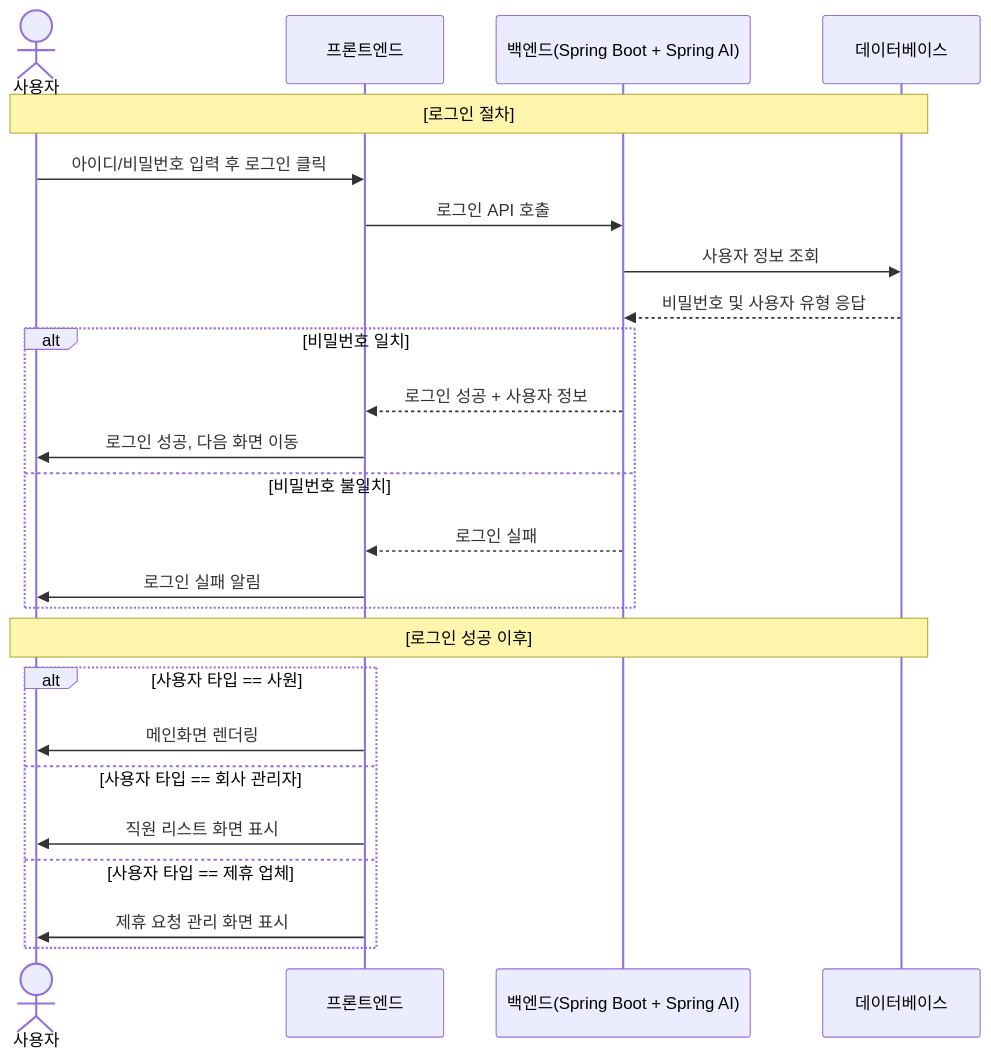
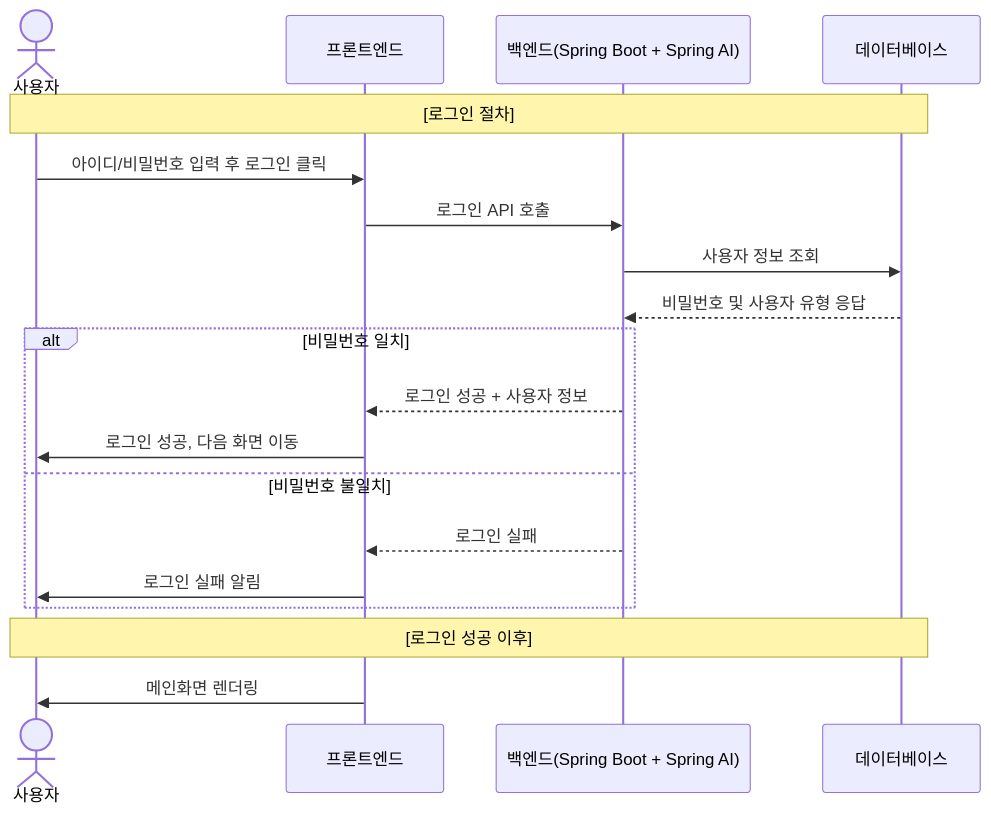
One commit to qbsb147/Final changed the diagram in Mermaid/로그인.mmd. Above: the diagram before and after it, drawn with Mermaid. The commit also changed 19 other files, not shown here.

```diff
--- a/Mermaid/로그인.mmd
+++ b/Mermaid/로그인.mmd
@@ -1,30 +1,24 @@
 sequenceDiagram
     actor User as 사용자
     participant Frontend as 프론트엔드
     participant SpringBoot as 백엔드(Spring Boot + Spring AI)
     participant DB as 데이터베이스
 
     Note over User, DB: [로그인 절차]
 
     User->>Frontend: 아이디/비밀번호 입력 후 로그인 클릭
     Frontend->>SpringBoot: 로그인 API 호출
     SpringBoot->>DB: 사용자 정보 조회
     DB-->>SpringBoot: 비밀번호 및 사용자 유형 응답
     alt 비밀번호 일치
         SpringBoot-->>Frontend: 로그인 성공 + 사용자 정보
         Frontend->>User: 로그인 성공, 다음 화면 이동
     else 비밀번호 불일치
         SpringBoot-->>Frontend: 로그인 실패
         Frontend->>User: 로그인 실패 알림
     end
 
     Note over User, DB: [로그인 성공 이후]
 
-    alt 사용자 타입 == 사원
-        Frontend->>User: 메인화면 렌더링
 
-    else 사용자 타입 == 회사 관리자
-        Frontend->>User: 직원 리스트 화면 표시
-    else 사용자 타입 == 제휴 업체
-        Frontend->>User: 제휴 요청 관리 화면 표시
-    end
+    Frontend->>User: 메인화면 렌더링
```
